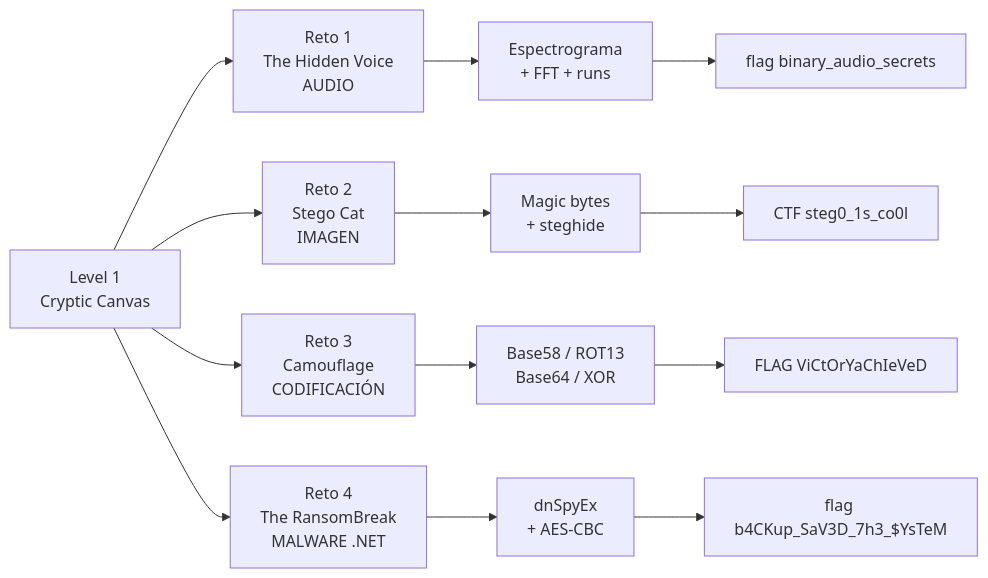
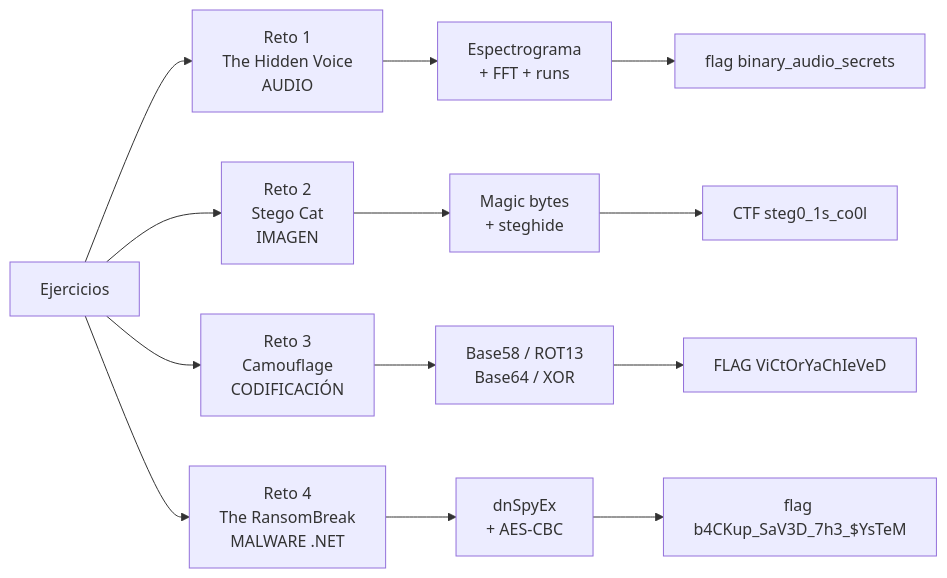
Before and after one commit to B0mb0n/CTF-s: the first of 6 diagrams in Digital Forensics & Incident Response (DFIR).md, drawn with Mermaid.

Commit message:
Update Level 1 label in DFIR document

````diff
--- a/Digital Forensics & Incident Response (DFIR).md
+++ b/Digital Forensics & Incident Response (DFIR).md
@@ -63,18 +63,18 @@
 ```mermaid
 flowchart LR
-    L1[Level 1<br/>Cryptic Canvas]
+    L1[Ejercicios]
     L1 --> R1[Reto 1<br/>The Hidden Voice<br/>AUDIO]
     L1 --> R2[Reto 2<br/>Stego Cat<br/>IMAGEN]
     L1 --> R3[Reto 3<br/>Camouflage<br/>CODIFICACIÓN]
     L1 --> R4[Reto 4<br/>The RansomBreak<br/>MALWARE .NET]
 
     R1 --> T1[Espectrograma<br/>+ FFT + runs]
     R2 --> T2[Magic bytes<br/>+ steghide]
     R3 --> T3[Base58 / ROT13<br/>Base64 / XOR]
     R4 --> T4[dnSpyEx<br/>+ AES-CBC]
 
     T1 --> F1[flag binary_audio_secrets]
     T2 --> F2[CTF steg0_1s_co0l]
     T3 --> F3[FLAG ViCtOrYaChIeVeD]
     T4 --> F4[flag b4CKup_SaV3D_7h3_$YsTeM]
 ```
````
